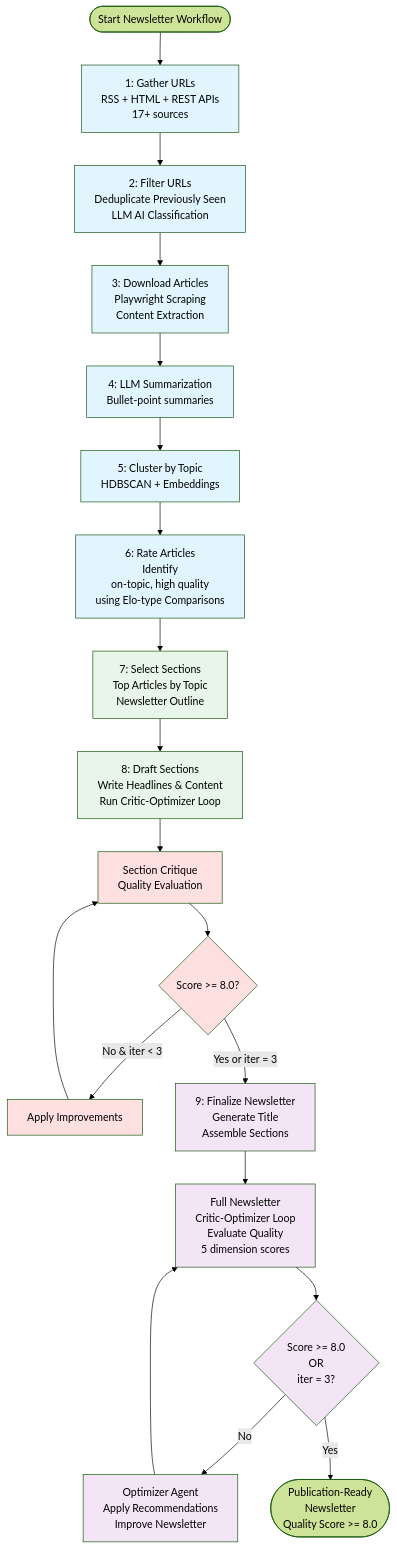
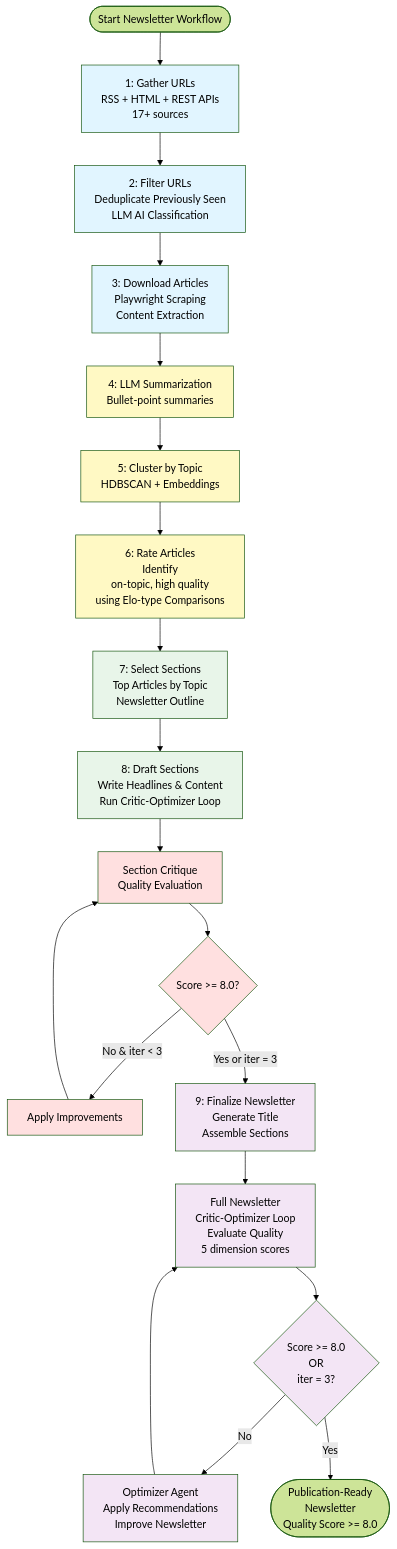
One commit to druce/OpenAIAgentsSDK changed the diagram in README.md. Above: the diagram before and after it, drawn with Mermaid (forest theme).

````diff
--- a/README.md
+++ b/README.md
@@ -9,49 +9,49 @@
 ```mermaid
   flowchart TD
       Start([Start Newsletter Workflow]) --> Step1[1: Gather URLs<br/>RSS + HTML + REST APIs<br/>17+ sources]
 
       Step1 --> Step2[2: Filter URLs<br/>Deduplicate Previously Seen<br/>LLM AI Classification<br/>]
 
       Step2 --> Step3[3: Download Articles<br/>Playwright Scraping<br/>Content Extraction]
 
       Step3 --> Step4[4: LLM Summarization<br/>Bullet-point summaries]
 
       Step4 --> Step5[5: Cluster by Topic<br/>HDBSCAN + Embeddings]
 
       Step5 --> Step6[6: Rate Articles<br/>Identify<br/>on-topic, high quality<br/>using Elo-type Comparisons]
 
       Step6 --> Step7[7: Select Sections<br/>Top Articles by Topic<br/>Newsletter Outline]
 
       Step7 --> Step8[8: Draft Sections<br/>Write Headlines & Content<br/>Run Critic-Optimizer Loop]
 
       Step8 --> Critique8[Section Critique<br/>Quality Evaluation]
       Critique8 --> Check8{Score >= 8.0?}
       Check8 -->|No & iter < 3| Improve8[Apply Improvements]
       Improve8 --> Critique8
       Check8 -->|Yes or iter = 3| Step9[9: Finalize Newsletter<br/>Generate Title<br/>Assemble Sections]
 
       Step9 --> Critique9[Full Newsletter<br/>Critic-Optimizer Loop<br/>Evaluate Quality<br/>5 dimension scores]
 
       Critique9 --> Check9{Score >= 8.0<br/>OR<br/>iter = 3?}
 
       Check9 -->|No| Optimizer[Optimizer Agent<br/>Apply Recommendations<br/>Improve Newsletter]
       Optimizer --> Critique9
 
       Check9 -->|Yes| Final([Publication-Ready<br>Newsletter<br/>Quality Score >= 8.0])
 
       style Step1 fill:#e1f5ff
       style Step2 fill:#e1f5ff
       style Step3 fill:#e1f5ff
-      style Step4 fill:#e1f5ff
-      style Step5 fill:#e1f5ff
-      style Step6 fill:#e1f5ff
+      style Step4 fill:#fff9c4
+      style Step5 fill:#fff9c4
+      style Step6 fill:#fff9c4
       style Step7 fill:#e8f5e9
       style Step8 fill:#e8f5e9
       style Critique8 fill:#ffe0e0
       style Check8 fill:#ffe0e0
       style Improve8 fill:#ffe0e0
       style Step9 fill:#f3e5f5
       style Critique9 fill:#f3e5f5
       style Check9 fill:#f3e5f5
       style Optimizer fill:#f3e5f5
   ```
````
